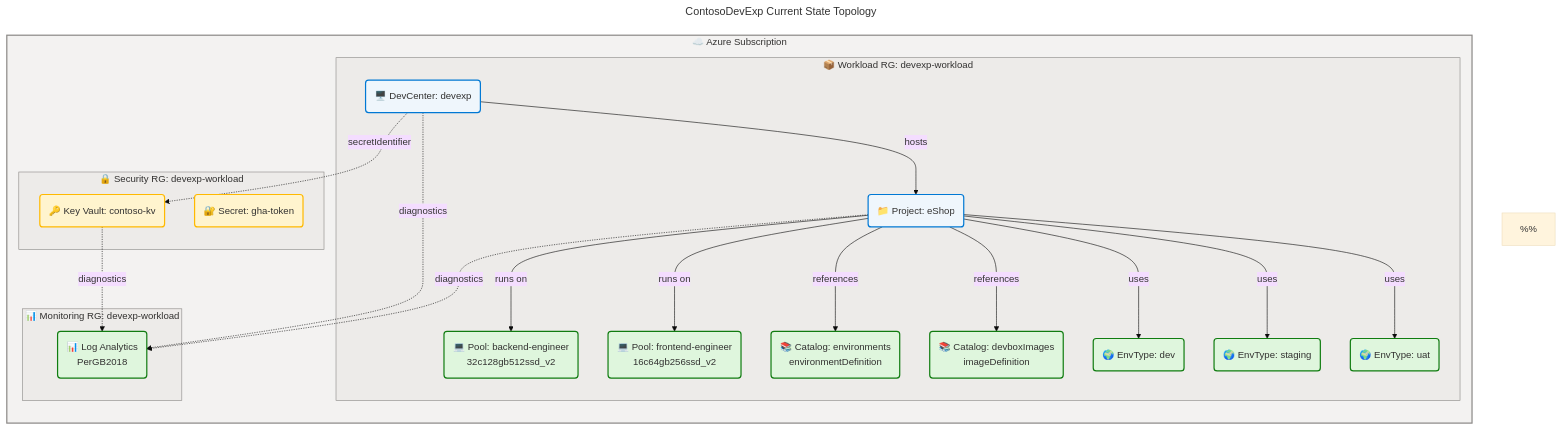
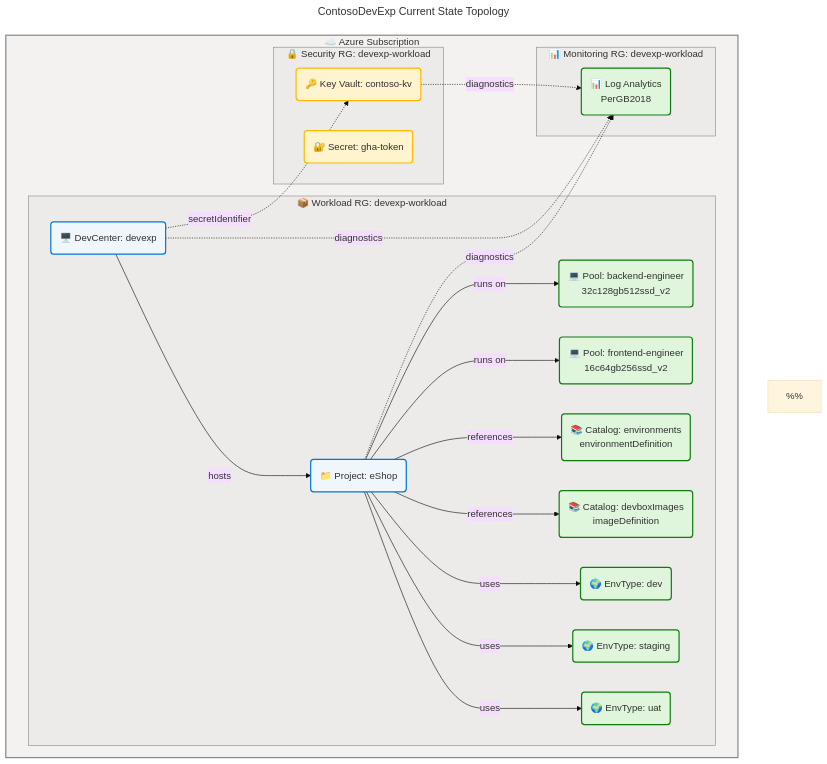
One commit to Evilazaro/DevExp-DevBox changed the second of 5 diagrams in docs/architecture/app-arch.md. Above: the diagram before and after it, drawn with Mermaid. The commit also changed other lines of this file and 3 other files, not shown here.

Commit message:
Refactor resource tables in tech-arch.md for improved readability and consistency; update color styles in flowcharts for better visual coherence.

````diff
--- a/docs/architecture/app-arch.md
+++ b/docs/architecture/app-arch.md
@@ -677,69 +677,68 @@
 ```mermaid
 ---
 title: "ContosoDevExp Current State Topology"
 config:
   theme: base
   look: classic
   layout: dagre
   themeVariables:
     fontSize: '16px'
   flowchart:
     htmlLabels: true
 ---
 flowchart TB
     accTitle: ContosoDevExp Current State Topology
     accDescr: Shows the current state deployment topology across Azure resource groups and services. Nodes: DC=core, PROJ=core, POOL1=success, POOL2=success, CAT1=success, CAT2=success, ET1=success, ET2=success, ET3=success, KV=warning, SEC=warning, LA=success. WCAG AA compliant.
     %%
     %% AZURE / FLUENT ARCHITECTURE PATTERN v2.0
     %% (Semantic + Structural + Font + Accessibility Governance)
     %%
     %% PHASE 1 - FLUENT UI: All styling uses approved Fluent UI palette only
     %% PHASE 2 - GROUPS: Every subgraph has semantic color via style directive
     %% PHASE 3 - COMPONENTS: Every node has semantic classDef + icon prefix
     %% PHASE 4 - ACCESSIBILITY: accTitle/accDescr present, WCAG AA contrast
     %% PHASE 5 - STANDARD: Governance block present, classDefs centralized
     %%
 
     subgraph sub ["☁️ Azure Subscription"]
-        direction TB
         subgraph rg1 ["📦 Workload RG: devexp-workload"]
             DC("🖥️ DevCenter: devexp"):::core
             PROJ("📁 Project: eShop"):::core
             POOL1("💻 Pool: backend-engineer<br/>32c128gb512ssd_v2"):::success
             POOL2("💻 Pool: frontend-engineer<br/>16c64gb256ssd_v2"):::success
             CAT1("📚 Catalog: environments<br/>environmentDefinition"):::success
             CAT2("📚 Catalog: devboxImages<br/>imageDefinition"):::success
             ET1("🌍 EnvType: dev"):::success
             ET2("🌍 EnvType: staging"):::success
             ET3("🌍 EnvType: uat"):::success
         end
         subgraph rg2 ["🔒 Security RG: devexp-workload"]
             KV("🔑 Key Vault: contoso-kv"):::warning
             SEC("🔐 Secret: gha-token"):::warning
         end
         subgraph rg3 ["📊 Monitoring RG: devexp-workload"]
             LA("📊 Log Analytics<br/>PerGB2018"):::success
         end
     end
 
     DC -->|hosts| PROJ
     PROJ -->|runs on| POOL1
     PROJ -->|runs on| POOL2
     PROJ -->|references| CAT1
     PROJ -->|references| CAT2
     PROJ -->|uses| ET1
     PROJ -->|uses| ET2
     PROJ -->|uses| ET3
     DC -.->|secretIdentifier| KV
     DC -.->|diagnostics| LA
     KV -.->|diagnostics| LA
     PROJ -.->|diagnostics| LA
 
     classDef core fill:#EFF6FC,stroke:#0078D4,stroke-width:2px,color:#323130
     classDef success fill:#DFF6DD,stroke:#107C10,stroke-width:2px,color:#323130
     classDef warning fill:#FFF4CE,stroke:#FFB900,stroke-width:2px,color:#323130
     style sub fill:#F3F2F1,stroke:#8A8886,stroke-width:2px,color:#323130
     style rg1 fill:#EDEBE9,stroke:#8A8886,stroke-width:1px,color:#323130
     style rg2 fill:#EDEBE9,stroke:#8A8886,stroke-width:1px,color:#323130
     style rg3 fill:#EDEBE9,stroke:#8A8886,stroke-width:1px,color:#323130
 ```
````
